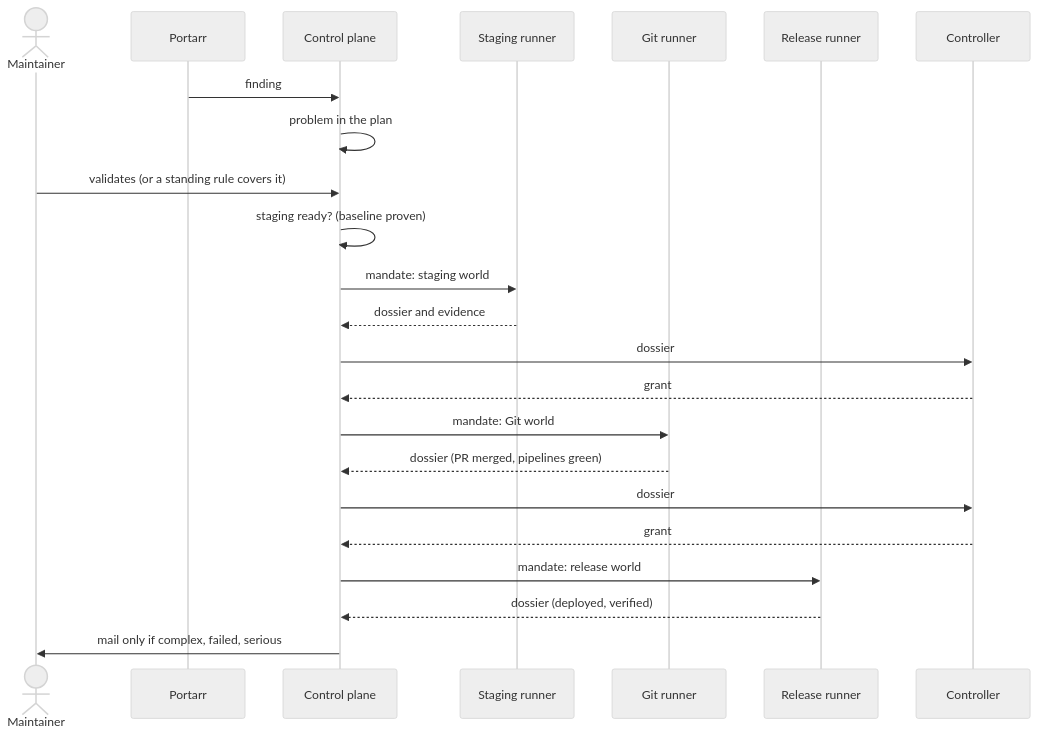
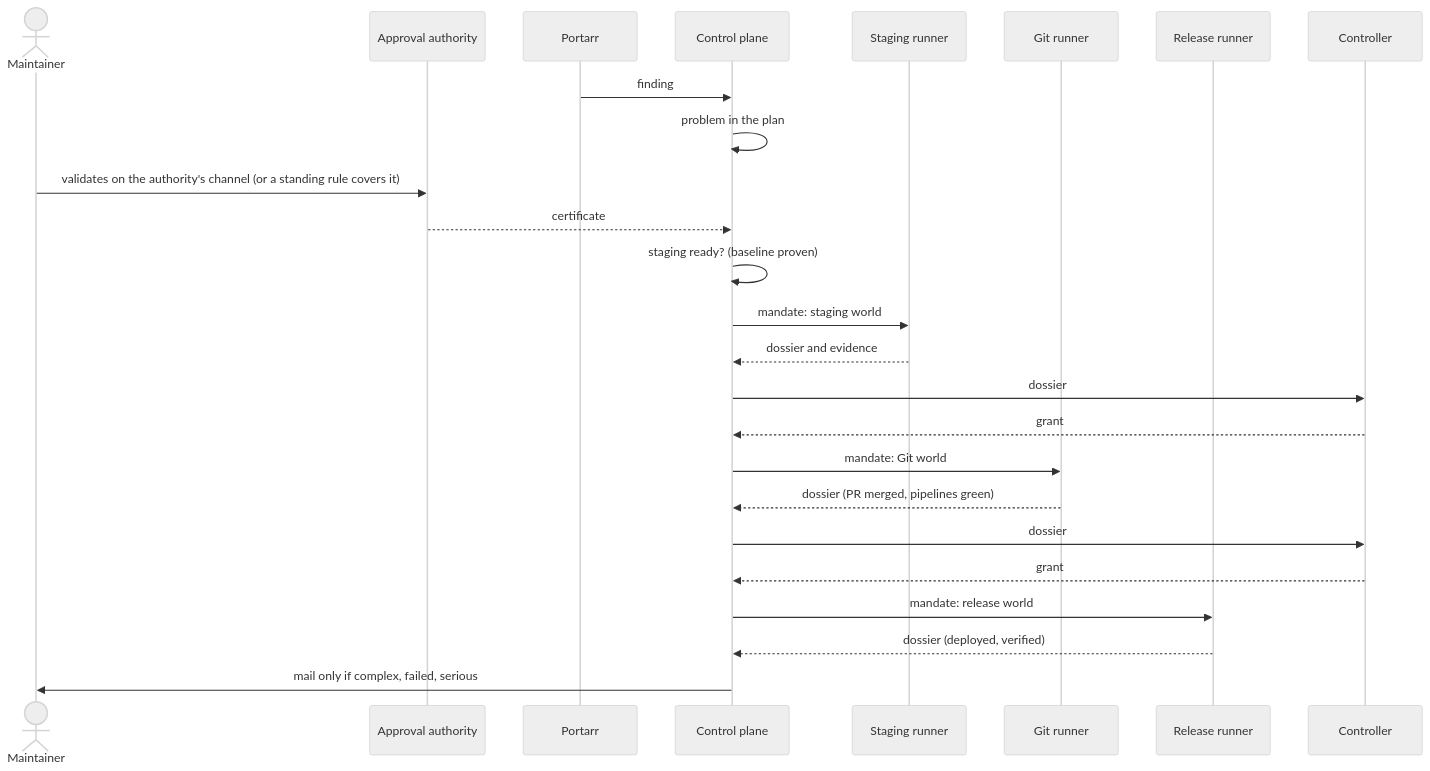
Diagram 11 of 12 in docs/ARCHITECTURE.md (MafLabs38/orchestrarr), drawn with Mermaid (neutral theme) before and after one commit. The commit also changed other lines of this file and 8 other files, not shown here.

Commit message:
docs: only a proof run of the staging runner counts, the identity is confined to its prefix by a ruleset, the slots are isolated, the outage case is asked with Q-35, the diagrams show the authority

````diff
--- a/docs/ARCHITECTURE.md
+++ b/docs/ARCHITECTURE.md
@@ -394,25 +395,27 @@
 ```mermaid
 sequenceDiagram
     actor M as Maintainer
+    participant AUTH as Approval authority
     participant P as Portarr
     participant CP as Control plane
     participant S as Staging runner
     participant G as Git runner
     participant R as Release runner
     participant C as Controller
     P->>CP: finding
     CP->>CP: problem in the plan
-    M->>CP: validates (or a standing rule covers it)
+    M->>AUTH: validates on the authority's channel (or a standing rule covers it)
+    AUTH-->>CP: certificate
     CP->>CP: staging ready? (baseline proven)
     CP->>S: mandate: staging world
     S-->>CP: dossier and evidence
     CP->>C: dossier
     C-->>CP: grant
     CP->>G: mandate: Git world
     G-->>CP: dossier (PR merged, pipelines green)
     CP->>C: dossier
     C-->>CP: grant
     CP->>R: mandate: release world
     R-->>CP: dossier (deployed, verified)
     CP->>M: mail only if complex, failed, serious
 ```
````
